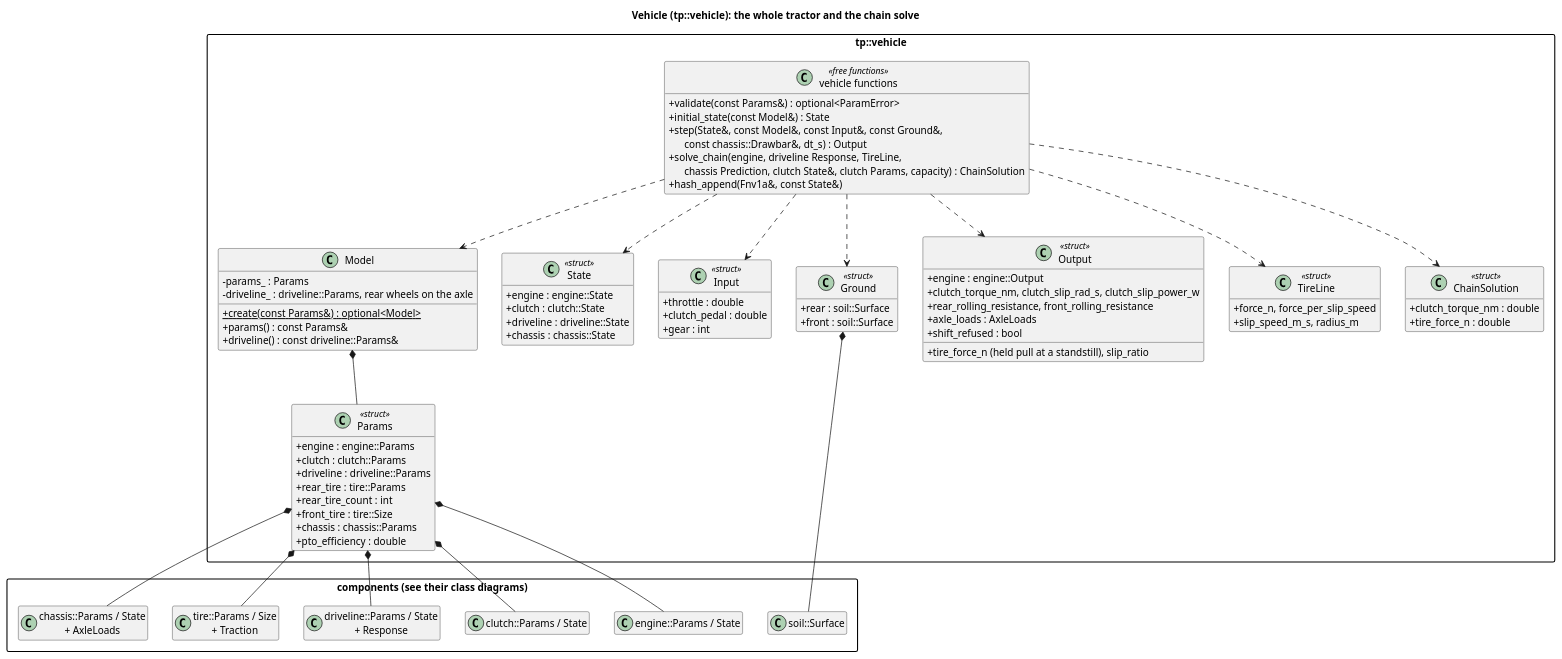
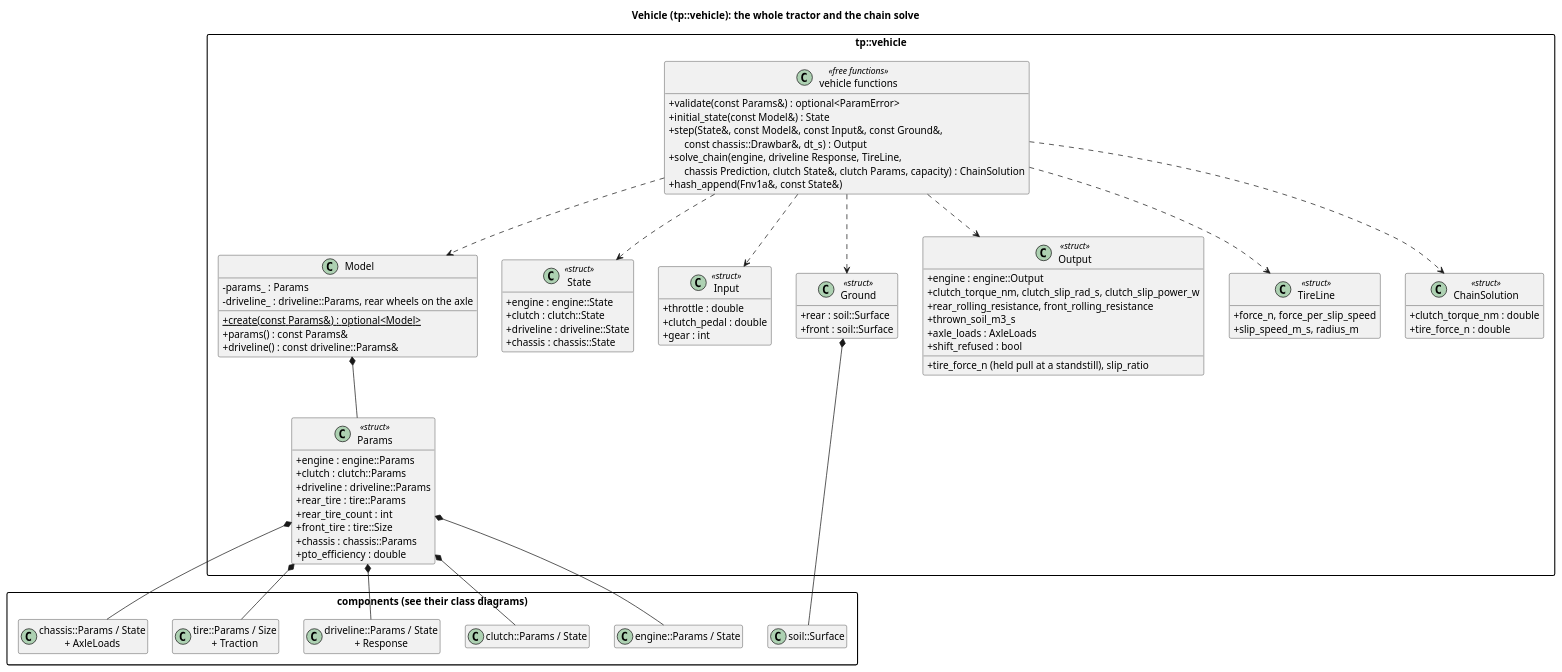
The diagram in docs/diagrams/vehicle_classes.puml (wversteeg/TractorPulling), drawn with PlantUML before and after one commit. The commit also changed 32 other files, not shown here.

```diff
--- a/docs/diagrams/vehicle_classes.puml
+++ b/docs/diagrams/vehicle_classes.puml
@@ -1,87 +1,88 @@
 @startuml vehicle_classes
 title Vehicle (tp::vehicle): the whole tractor and the chain solve
 hide empty members
 skinparam packageStyle rectangle
 skinparam classAttributeIconSize 0
 
 package "components (see their class diagrams)" {
   class "engine::Params / State" as Engine
   class "clutch::Params / State" as Clutch
   class "driveline::Params / State\n+ Response" as Driveline
   class "tire::Params / Size\n+ Traction" as Tire
   class "soil::Surface" as Surface
   class "chassis::Params / State\n+ AxleLoads" as Chassis
 }
 
 package "tp::vehicle" {
   class Params <<struct>> {
     +engine : engine::Params
     +clutch : clutch::Params
     +driveline : driveline::Params
     +rear_tire : tire::Params
     +rear_tire_count : int
     +front_tire : tire::Size
     +chassis : chassis::Params
     +pto_efficiency : double
   }
   class Model {
     -params_ : Params
     -driveline_ : driveline::Params, rear wheels on the axle
     +{static} create(const Params&) : optional<Model>
     +params() : const Params&
     +driveline() : const driveline::Params&
   }
   class State <<struct>> {
     +engine : engine::State
     +clutch : clutch::State
     +driveline : driveline::State
     +chassis : chassis::State
   }
   class Input <<struct>> {
     +throttle : double
     +clutch_pedal : double
     +gear : int
   }
   class Ground <<struct>> {
     +rear : soil::Surface
     +front : soil::Surface
   }
   class Output <<struct>> {
     +engine : engine::Output
     +clutch_torque_nm, clutch_slip_rad_s, clutch_slip_power_w
     +tire_force_n (held pull at a standstill), slip_ratio
     +rear_rolling_resistance, front_rolling_resistance
+    +thrown_soil_m3_s
     +axle_loads : AxleLoads
     +shift_refused : bool
   }
   class TireLine <<struct>> {
     +force_n, force_per_slip_speed
     +slip_speed_m_s, radius_m
   }
   class ChainSolution <<struct>> {
     +clutch_torque_nm : double
     +tire_force_n : double
   }
   class "vehicle functions" as VehicleFns <<free functions>> {
     +validate(const Params&) : optional<ParamError>
     +initial_state(const Model&) : State
     +step(State&, const Model&, const Input&, const Ground&,\n      const chassis::Drawbar&, dt_s) : Output
     +solve_chain(engine, driveline Response, TireLine,\n      chassis Prediction, clutch State&, clutch Params, capacity) : ChainSolution
     +hash_append(Fnv1a&, const State&)
   }
   Model *-- Params
   VehicleFns ..> Model
   VehicleFns ..> State
   VehicleFns ..> Input
   VehicleFns ..> Ground
   VehicleFns ..> Output
   VehicleFns ..> TireLine
   VehicleFns ..> ChainSolution
 }
 Params *-- Engine
 Params *-- Clutch
 Params *-- Driveline
 Params *-- Tire
 Params *-- Chassis
 Ground *-- Surface
 @enduml
```
